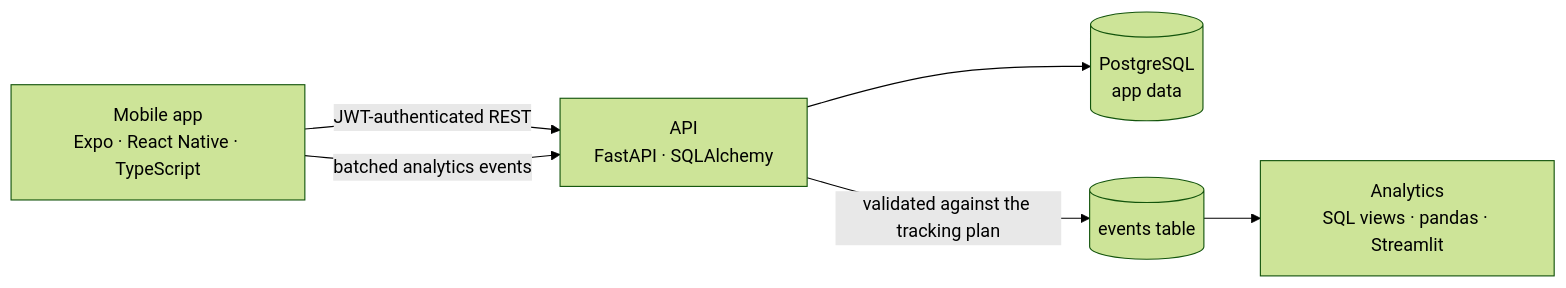
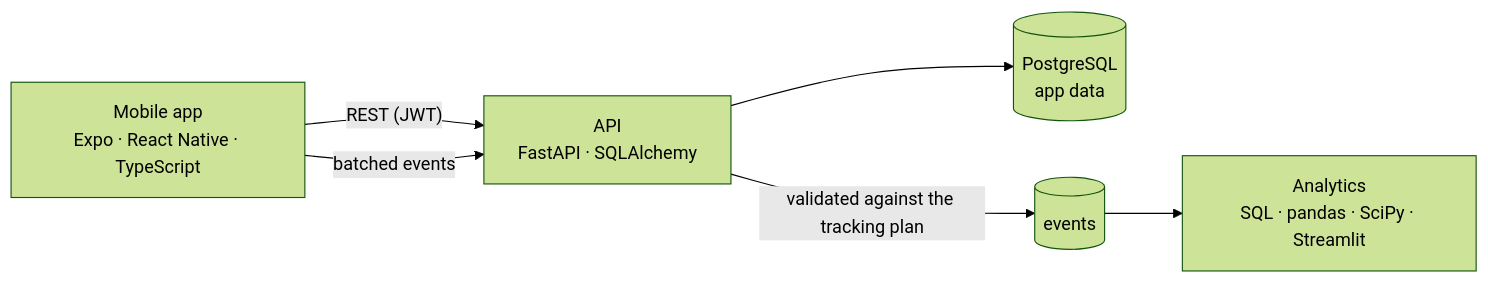
The diagram in README.md (Mariam-Fathi/homi), drawn with Mermaid (forest theme) before and after one commit. The commit also changed other lines of this file and 1 other file, not shown here.

````diff
--- a/README.md
+++ b/README.md
@@ -15,15 +30,14 @@
 ```mermaid
 flowchart LR
     app["Mobile app<br/>Expo · React Native · TypeScript"]
     api["API<br/>FastAPI · SQLAlchemy"]
     db[("PostgreSQL<br/>app data")]
-    events[("events table")]
+    events[("events")]
+    analytics["Analytics<br/>SQL · pandas · SciPy · Streamlit"]
 
-    analytics["Analytics<br/>SQL views · pandas · Streamlit"]
-
-    app -- "JWT-authenticated REST" --> api
-    app -- "batched analytics events" --> api
+    app -- "REST (JWT)" --> api
+    app -- "batched events" --> api
     api --> db
     api -- "validated against the tracking plan" --> events
     events --> analytics
 ```
````
